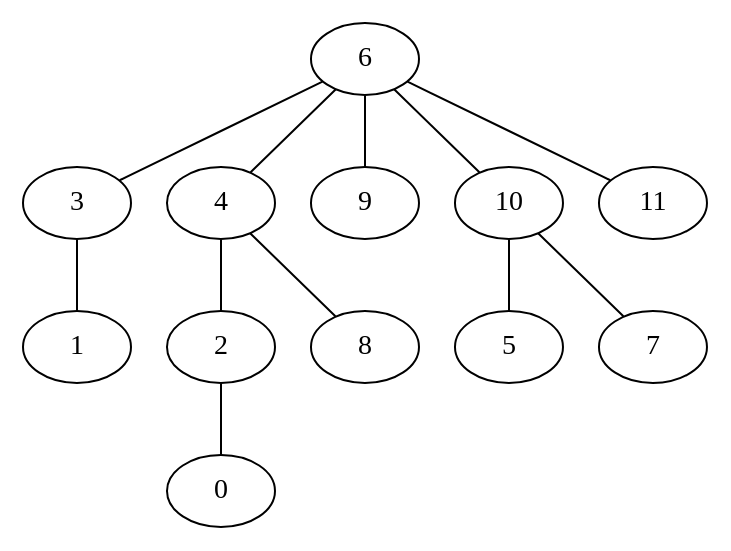
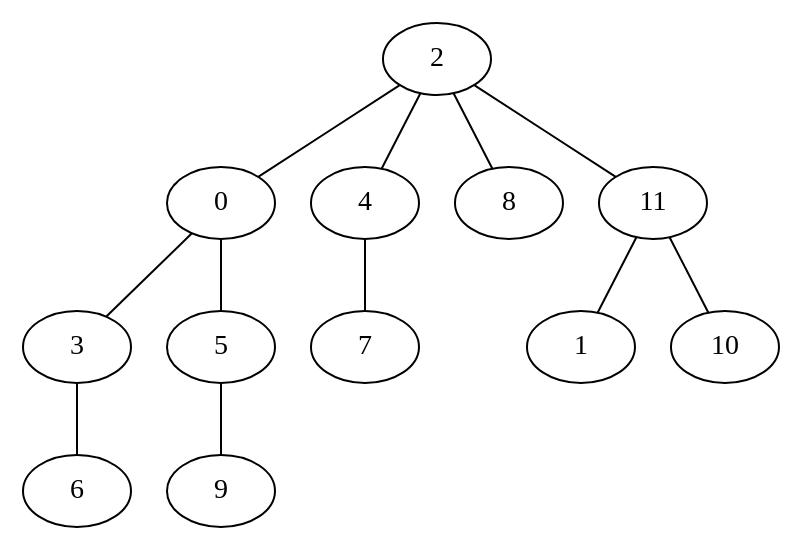
Before and after one commit to VillegasGG/greedy-firefighter-problem: the diagram in experiments/pygrapghviz.dot, drawn with Graphviz. The commit also changed 3 other files, not shown here.

```diff
--- a/experiments/pygrapghviz.dot
+++ b/experiments/pygrapghviz.dot
@@ -1,13 +1,13 @@
 strict graph "" {
-	6 -- 3;
-	6 -- 4;
-	6 -- 9;
-	6 -- 10;
-	6 -- 11;
-	3 -- 1;
-	4 -- 2;
-	4 -- 8;
-	10 -- 5;
-	10 -- 7;
 	2 -- 0;
+	2 -- 4;
+	2 -- 8;
+	2 -- 11;
+	0 -- 3;
+	0 -- 5;
+	4 -- 7;
+	11 -- 1;
+	11 -- 10;
+	3 -- 6;
+	5 -- 9;
 }
```
